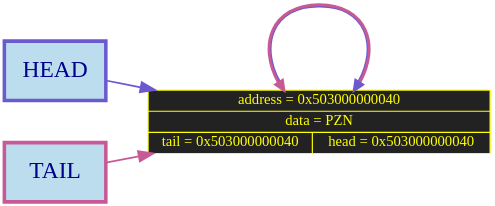
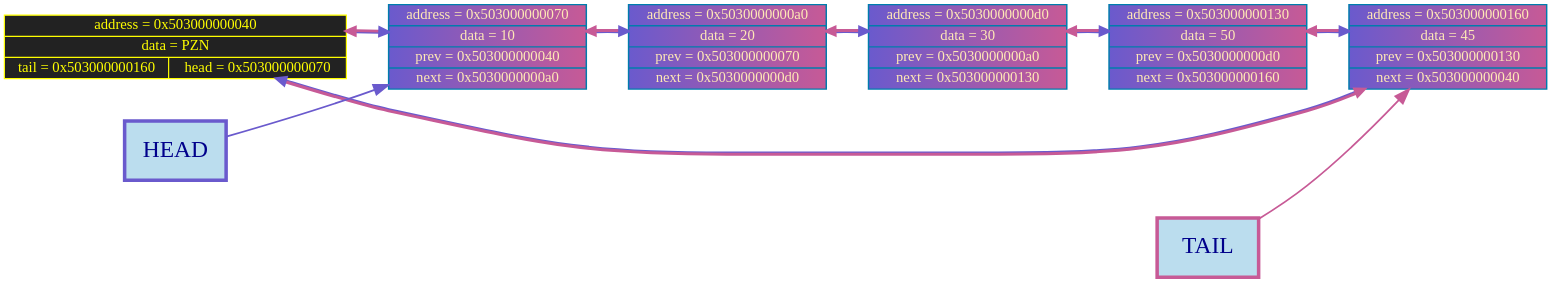
Before and after one commit to timoko3/list: the diagram in graphDumps/graphDump.dot, drawn with Graphviz. The commit also changed 37 other files, not shown here.

```diff
--- a/graphDumps/graphDump.dot
+++ b/graphDumps/graphDump.dot
@@ -1,18 +1,34 @@
 digraph G {
 rankdir=LR
 bgcolor="transparent"
 nodesep = 1;
 ranksep = 1
 	node [shape=record, style="filled", fillcolor="#FFA089", fontcolor="black", color="#007CAD", penwidth=2.5, fontname="Tahoma", fontsize=25];
 
-node64 [label="address = 0x503000000040 | data = PZN | {tail = 0x503000000040 | head = 0x503000000040} ", shape=record, style="filled", fillcolor="#222222", fontcolor="yellow", color="yellow", penwidth=2];
+node64 [label="address = 0x503000000040 | data = PZN | {tail = 0x503000000160 | head = 0x503000000070} ", shape=record, style="filled", fillcolor="#222222", fontcolor="yellow", color="yellow", penwidth=2];
+	node112 [label="address = 0x503000000070 | data = 10 | prev = 0x503000000040 | next = 0x5030000000a0 "];
+	node160 [label="address = 0x5030000000a0 | data = 20 | prev = 0x503000000070 | next = 0x5030000000d0 "];
+	node208 [label="address = 0x5030000000d0 | data = 30 | prev = 0x5030000000a0 | next = 0x503000000130 "];
+	node304 [label="address = 0x503000000130 | data = 50 | prev = 0x5030000000d0 | next = 0x503000000160 "];
+	node352 [label="address = 0x503000000160 | data = 45 | prev = 0x503000000130 | next = 0x503000000040 "];
 
 head_label      [shape=box, width = 2.4, height = 1.4, label="HEAD", style="filled", fillcolor="#BBDDEE", color="#6A5ACD", penwidth = 6,  fontcolor="darkblue", fontsize = 40];
 tail_label      [shape=box, width = 2.4, height = 1.4, label="TAIL", style="filled", fillcolor="#BBDDEE", color="#c75a96ff", penwidth = 6,  fontcolor="darkblue", fontsize = 40];
-head_label      -> node64 [color="#6A5ACD"  , arrowsize=2.5, penwidth=3];
-tail_label      -> node64 [color="#c75a96ff"  , arrowsize=2.5, penwidth=3];
-	node64 -> node64[style=invis, weight = 100000];
-	node64 
-node64 -> node64[color="#6A5ACD:#c75a96ff", arrowsize=1.5, penwidth=5, weight=1000, constraint=false, dir = both];
+head_label      -> node112 [color="#6A5ACD"  , arrowsize=2.5, penwidth=3];
+tail_label      -> node352 [color="#c75a96ff"  , arrowsize=2.5, penwidth=3];
+	node64 -> node112[style=invis, weight = 100000];
+node112 -> node160 -> node208 -> node304 -> node352[style=invis, weight=1000000];
+	node112 [fillcolor = "#6A5ACD:#c75a96ff", fontcolor = "#ffe9b5ff"]
+node112 -> node160[color="#6A5ACD:#c75a96ff", arrowsize=1.5, penwidth=5, weight=1000, constraint=false, dir = both];
+node160 [fillcolor = "#6A5ACD:#c75a96ff", fontcolor = "#ffe9b5ff"]
+node160 -> node208[color="#6A5ACD:#c75a96ff", arrowsize=1.5, penwidth=5, weight=1000, constraint=false, dir = both];
+node208 [fillcolor = "#6A5ACD:#c75a96ff", fontcolor = "#ffe9b5ff"]
+node208 -> node304[color="#6A5ACD:#c75a96ff", arrowsize=1.5, penwidth=5, weight=1000, constraint=false, dir = both];
+node304 [fillcolor = "#6A5ACD:#c75a96ff", fontcolor = "#ffe9b5ff"]
+node304 -> node352[color="#6A5ACD:#c75a96ff", arrowsize=1.5, penwidth=5, weight=1000, constraint=false, dir = both];
+node352 [fillcolor = "#6A5ACD:#c75a96ff", fontcolor = "#ffe9b5ff"]
+node352 -> node64[color="#6A5ACD:#c75a96ff", arrowsize=1.5, penwidth=5, weight=1000, constraint=false, dir = both];
+node64 
+node64 -> node112[color="#6A5ACD:#c75a96ff", arrowsize=1.5, penwidth=5, weight=1000, constraint=false, dir = both];
 
 }
```
